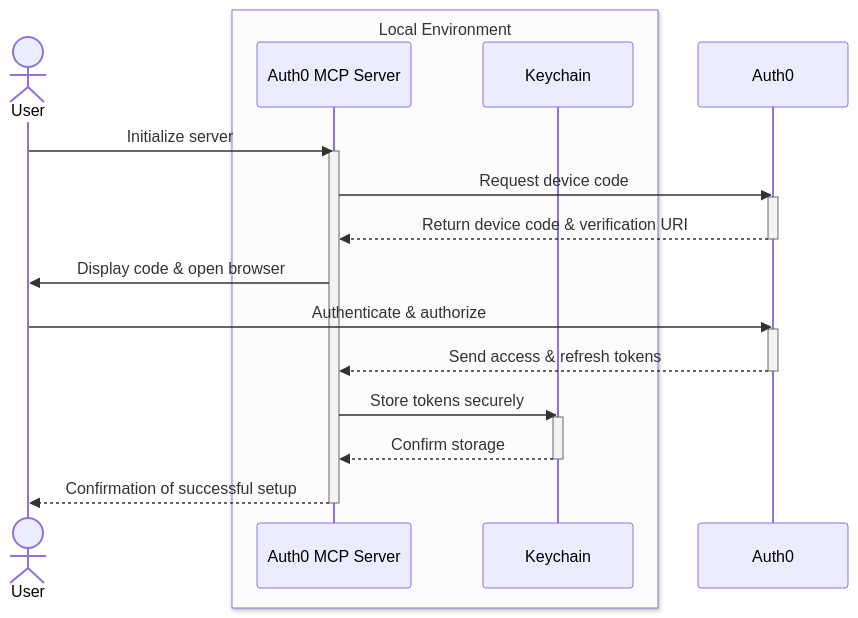
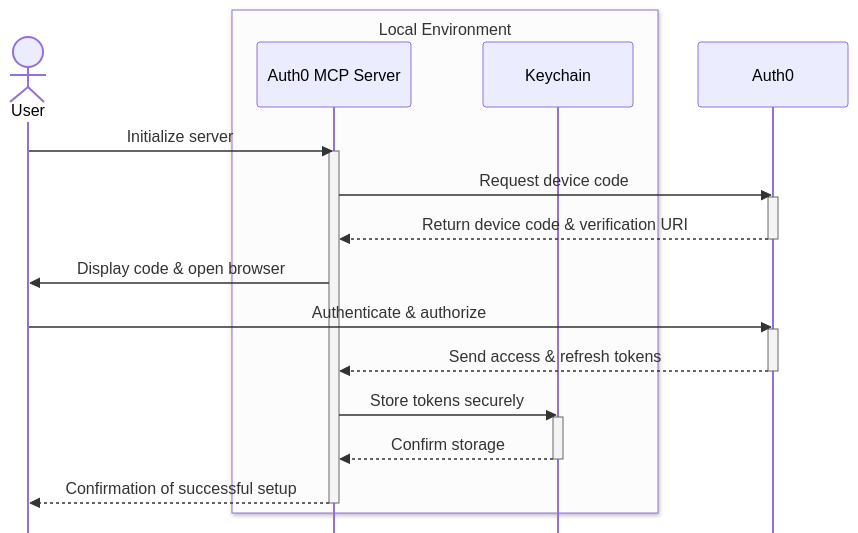
The diagram in README.md (auth0/auth0-mcp-server), drawn with Mermaid before and after one commit. The commit also changed other lines of this file and 1 other file, not shown here.

````diff
--- a/README.md
+++ b/README.md
@@ -145,27 +146,28 @@
 ```mermaid
+%%{init: { 'mirrorActors': false}}%%
 sequenceDiagram
     actor User
     box rgb(252, 252, 252) Local Environment
         participant Auth0MCP as Auth0 MCP Server
         participant Keychain
     end
     participant Auth0
 
     User->>Auth0MCP: Initialize server
     activate Auth0MCP
     Auth0MCP->>Auth0: Request device code
     activate Auth0
     Auth0-->>Auth0MCP: Return device code & verification URI
     deactivate Auth0
     Auth0MCP->>User: Display code & open browser
     User->>Auth0: Authenticate & authorize
     activate Auth0
     Auth0-->>Auth0MCP: Send access & refresh tokens
     deactivate Auth0
     Auth0MCP->>Keychain: Store tokens securely
     activate Keychain
     Keychain-->>Auth0MCP: Confirm storage
     deactivate Keychain
     Auth0MCP-->>User: Confirmation of successful setup
     deactivate Auth0MCP
 ```
````
